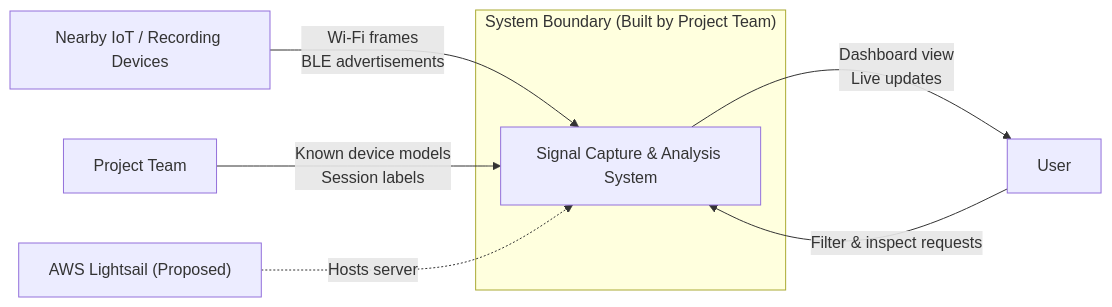
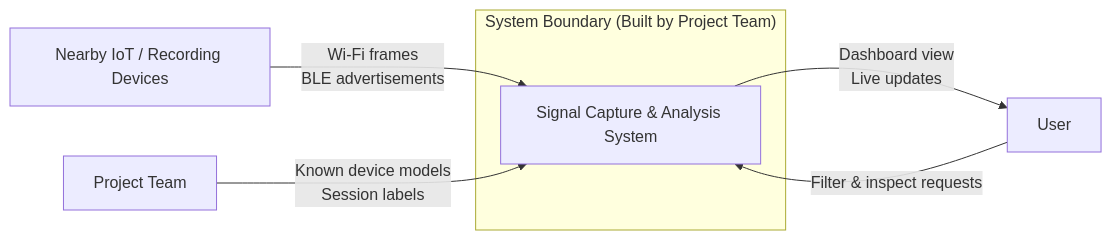
The diagram in docs/design/system-context.md (eliThomass/CPSC490-G02-Linux-Larpers), drawn with Mermaid before and after one commit. The commit also changed other lines of this file and 1 other file, not shown here.

Commit message:
Remove Lightsail from the system context diagram and doc

````diff
--- a/docs/design/system-context.md
+++ b/docs/design/system-context.md
@@ -14,15 +14,13 @@
 ```mermaid
 flowchart LR
   devices["Nearby IoT / Recording Devices"]
   team["Project Team"]
-  aws["AWS Lightsail (Proposed)"]
   user["User"]
   subgraph boundary["System Boundary (Built by Project Team)"]
     system["Signal Capture & Analysis System"]
   end
   devices -->|"Wi-Fi frames<br/>BLE advertisements"| system
   team -->|"Known device models<br/>Session labels"| system
-  aws -.->|"Hosts server"| system
   system -->|"Dashboard view<br/>Live updates"| user
   user -->|"Filter & inspect requests"| system
 ```
````
